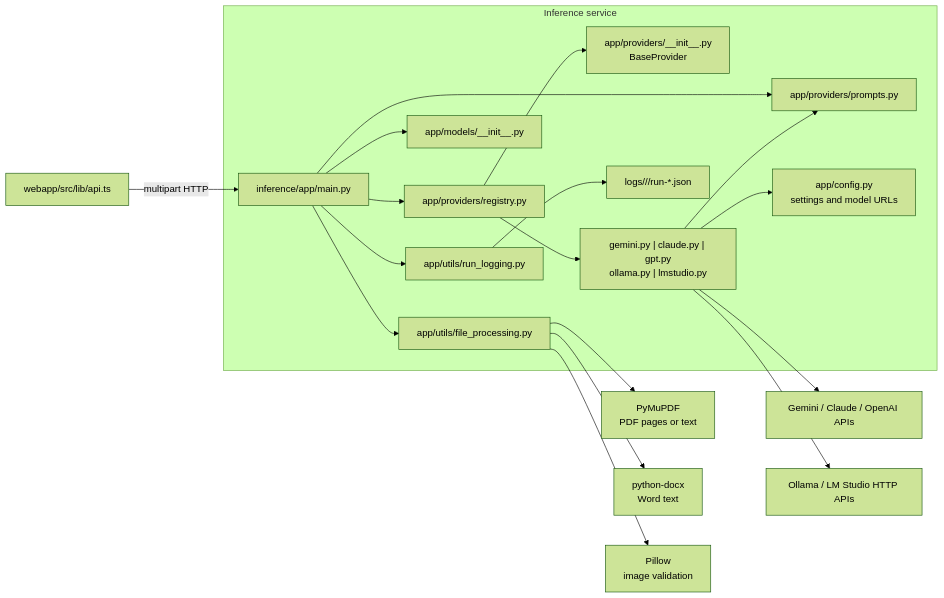
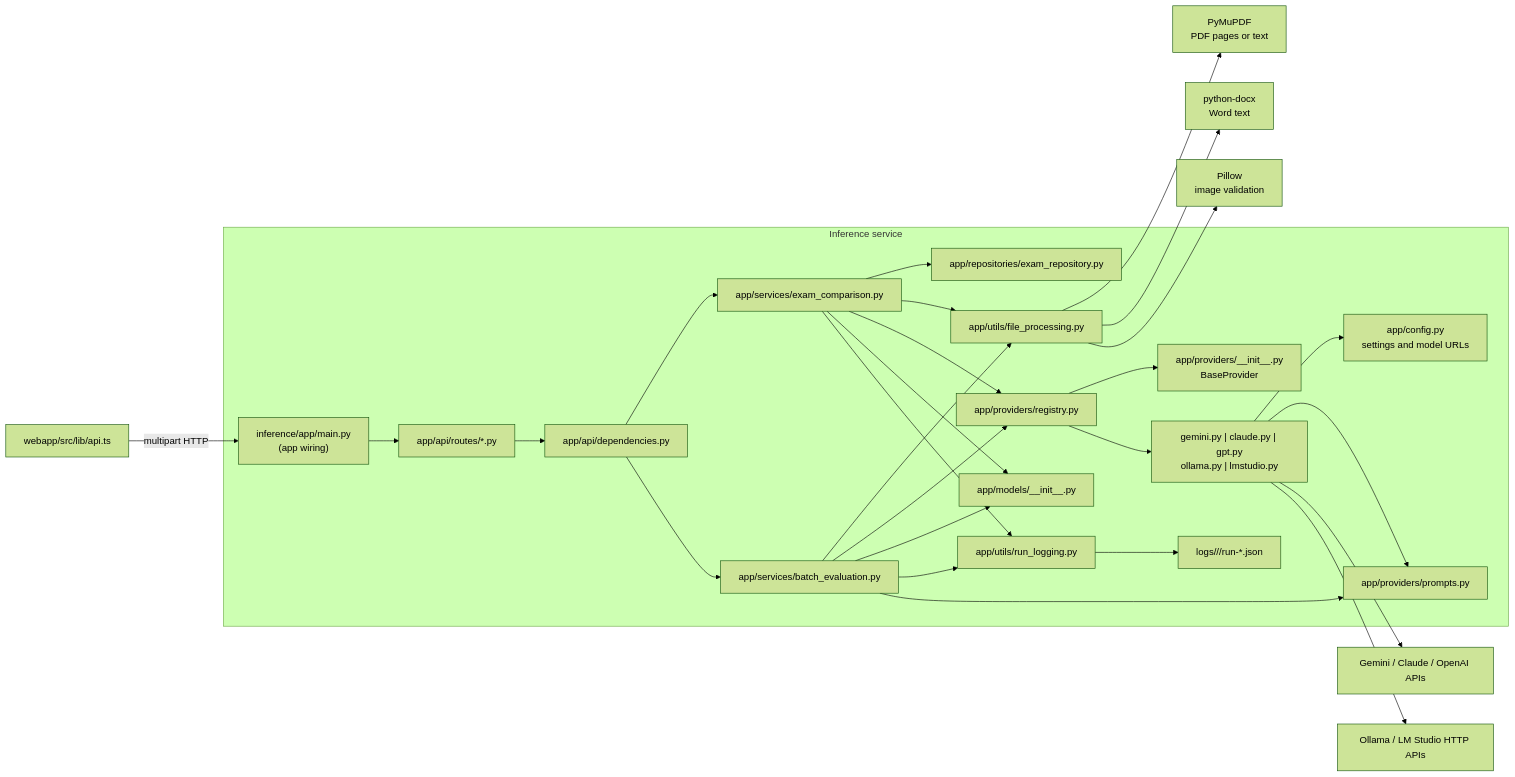
Before and after one commit to franciscosuca/exan: the second of 2 diagrams in docs/inference-api/INFERENCE_APP_LIFECYCLE.md, drawn with Mermaid (forest theme). The commit also changed other lines of this file and 14 other files, not shown here.

Commit message:
Refactor inference app structure: separate routes, services, and repositories

````diff
--- a/docs/inference-api/INFERENCE_APP_LIFECYCLE.md
+++ b/docs/inference-api/INFERENCE_APP_LIFECYCLE.md
@@ -156,24 +181,33 @@
 ```mermaid
 flowchart LR
-    Frontend["webapp/src/lib/api.ts"] -->|multipart HTTP| Main["inference/app/main.py"]
+    Frontend["webapp/src/lib/api.ts"] -->|multipart HTTP| Main["inference/app/main.py\n(app wiring)"]
 
     subgraph Inference["Inference service"]
-        Main --> Processing["app/utils/file_processing.py"]
-        Main --> Models["app/models/__init__.py"]
-        Main --> Registry["app/providers/registry.py"]
-        Main --> Prompts["app/providers/prompts.py"]
-        Main --> Logging["app/utils/run_logging.py"]
+      Main --> Routers["app/api/routes/*.py"]
+      Routers --> Dependencies["app/api/dependencies.py"]
+      Dependencies --> ExamService["app/services/exam_comparison.py"]
+      Dependencies --> BatchService["app/services/batch_evaluation.py"]
+      ExamService --> Repository["app/repositories/exam_repository.py"]
+      ExamService --> Processing["app/utils/file_processing.py"]
+      BatchService --> Processing
+      ExamService --> Registry["app/providers/registry.py"]
+      BatchService --> Registry
+      ExamService --> Models["app/models/__init__.py"]
+      BatchService --> Models
+      ExamService --> Logging["app/utils/run_logging.py"]
+      BatchService --> Logging
+      BatchService --> Prompts["app/providers/prompts.py"]
 
         Registry --> Contract["app/providers/__init__.py\nBaseProvider"]
         Registry --> Implementations["gemini.py | claude.py | gpt.py\nollama.py | lmstudio.py"]
         Implementations --> Config["app/config.py\nsettings and model URLs"]
         Implementations --> Prompts
         Logging --> LogFiles["logs/<category>/<timestamp>/run-*.json"]
     end
 
     Processing --> PDF["PyMuPDF\nPDF pages or text"]
     Processing --> Word["python-docx\nWord text"]
     Processing --> Image["Pillow\nimage validation"]
     Implementations --> Cloud["Gemini / Claude / OpenAI APIs"]
     Implementations --> Local["Ollama / LM Studio HTTP APIs"]
 ```
````
